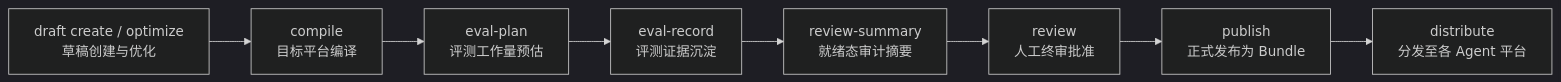
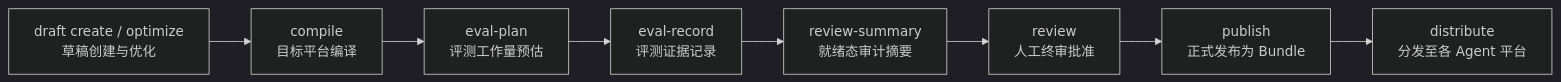
One commit to rpamis/comet-website-docs changed the first of 2 diagrams in zh/cli/bundle.mdx. Above: the diagram before and after it, drawn with Mermaid (dark theme). The commit also changed other lines of this file and 103 other files, not shown here.

````diff
--- a/zh/cli/bundle.mdx
+++ b/zh/cli/bundle.mdx
@@ -19,10 +19,10 @@
 ```mermaid
 flowchart LR
   A["draft create / optimize<br/>草稿创建与优化"] --> B["compile<br/>目标平台编译"]
   B --> C["eval-plan<br/>评测工作量预估"]
-  C --> D["eval-record<br/>评测证据沉淀"]
+  C --> D["eval-record<br/>评测证据记录"]
   D --> E["review-summary<br/>就绪态审计摘要"]
   E --> F["review<br/>人工终审批准"]
   F --> G["publish<br/>正式发布为 Bundle"]
   G --> H["distribute<br/>分发至各 Agent 平台"]
 ```
````
